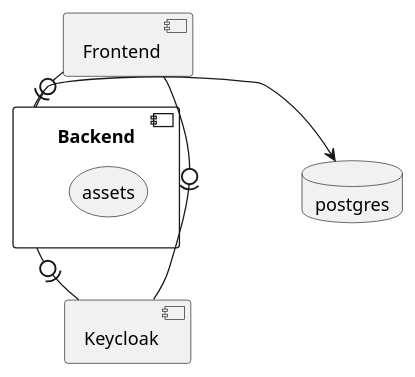
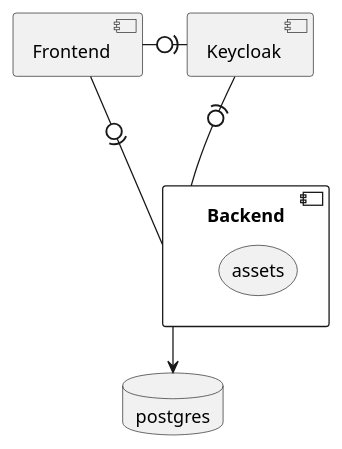
One commit to Davidcode2/teachme changed the diagram in be/docs/componentDiagram.puml. Above: the diagram before and after it, drawn with PlantUML. The commit also changed 1 other file, not shown here.

Commit message:
Change component diagram

```diff
--- a/be/docs/componentDiagram.puml
+++ b/be/docs/componentDiagram.puml
@@ -1,15 +1,15 @@
 @startuml
 
 component Keycloak
 component Frontend
 component Backend {
   storage assets
 }
 database postgres
 
-Frontend -0)- Backend
-Frontend -0)- Keycloak
-Backend -0)- Keycloak
-Backend -> postgres
+Frontend -do0)-- Backend
+Frontend -ri0)-- Keycloak
+Backend -le0)- Keycloak
+Backend --> postgres
 
 @enduml
```
